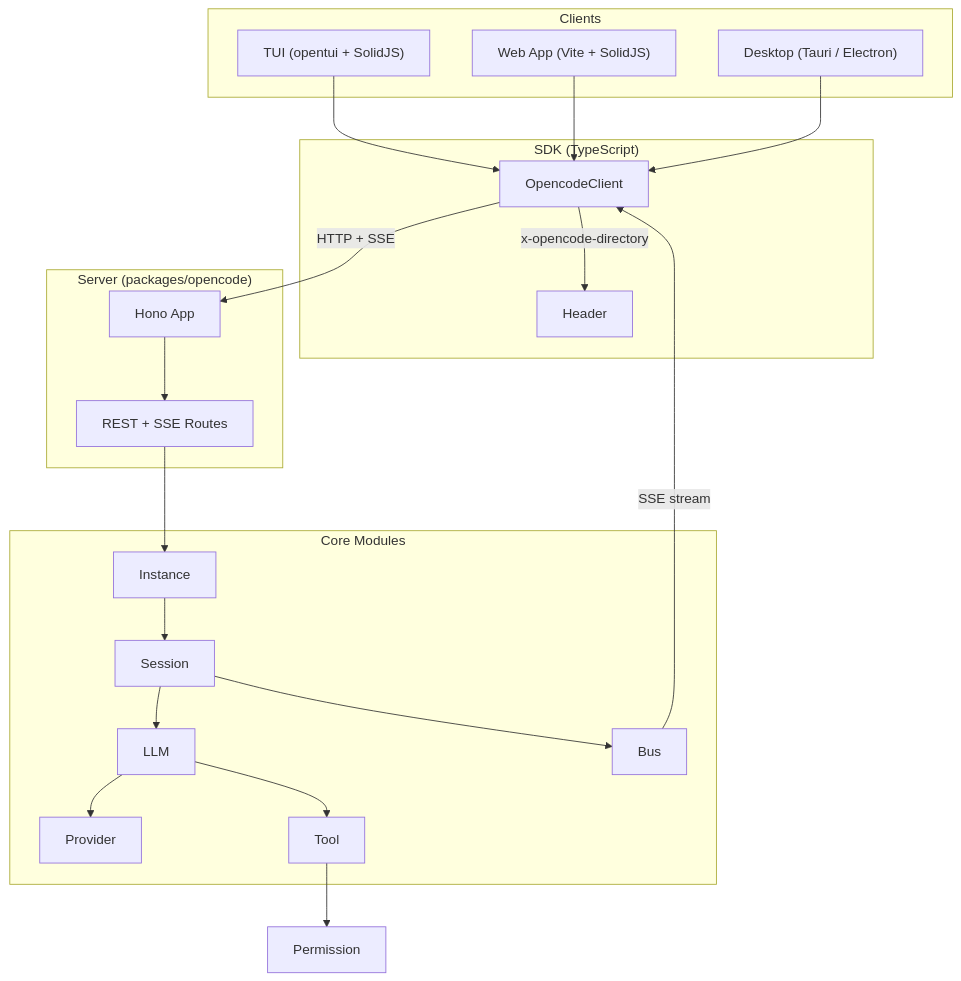
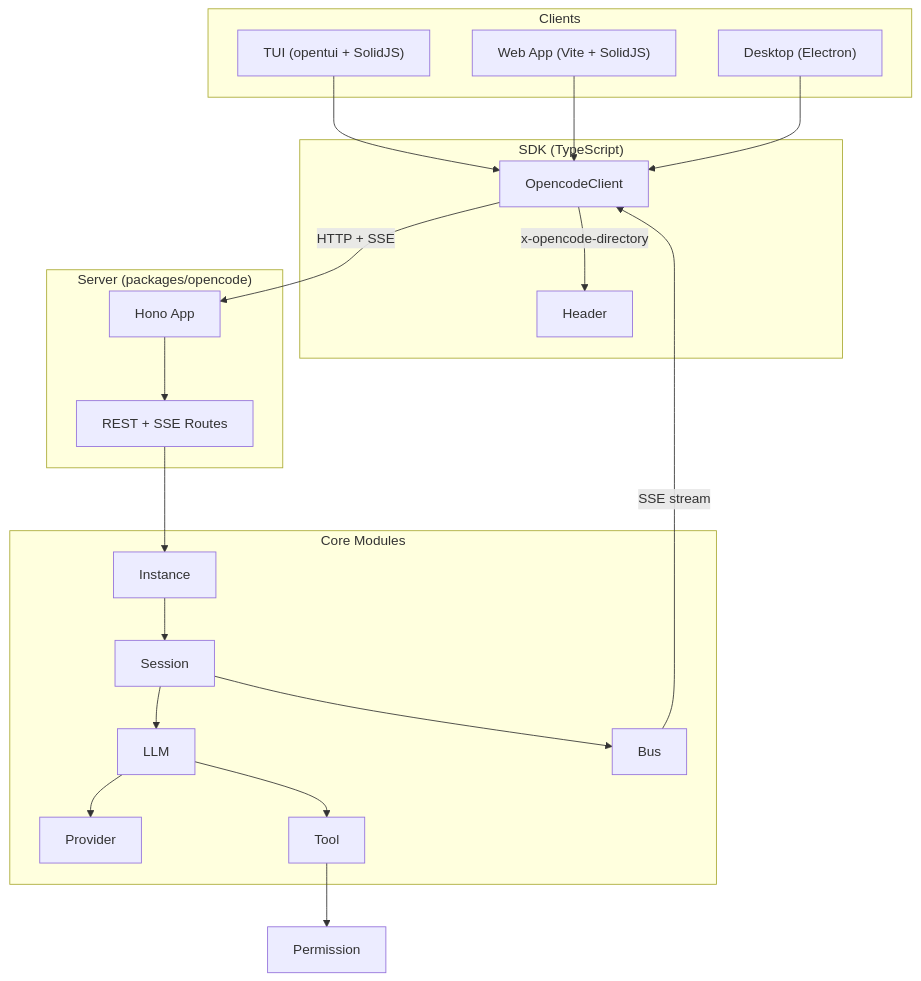
The fourth of 11 diagrams in docs/architecture.md (mani-kv/opendesign), drawn with Mermaid before and after one commit. The commit also changed other lines of this file and 271 other files, not shown here.

````diff
--- a/docs/architecture.md
+++ b/docs/architecture.md
@@ -182,41 +182,41 @@
 ```mermaid
 flowchart TB
     subgraph Clients["Clients"]
         TUI["TUI (opentui + SolidJS)"]
         Web["Web App (Vite + SolidJS)"]
-        Desktop["Desktop (Tauri / Electron)"]
+        Desktop["Desktop (Electron)"]
     end
 
     subgraph SDK["SDK (TypeScript)"]
         Client["OpencodeClient"]
         Client -->|"x-opencode-directory"| Header
     end
 
     subgraph Server["Server (packages/opencode)"]
         Hono["Hono App"]
         Routes["REST + SSE Routes"]
         Hono --> Routes
     end
 
     subgraph Core["Core Modules"]
         Instance["Instance"]
         Session["Session"]
         LLM["LLM"]
         Bus["Bus"]
         Provider["Provider"]
         Tool["Tool"]
     end
 
     TUI --> Client
     Web --> Client
     Desktop --> Client
     Client -->|"HTTP + SSE"| Hono
     Routes --> Instance
     Instance --> Session
     Session --> LLM
     LLM --> Provider
     LLM --> Tool
     Tool --> Permission["Permission"]
     Session --> Bus
     Bus -->|"SSE stream"| Client
 ```
````
